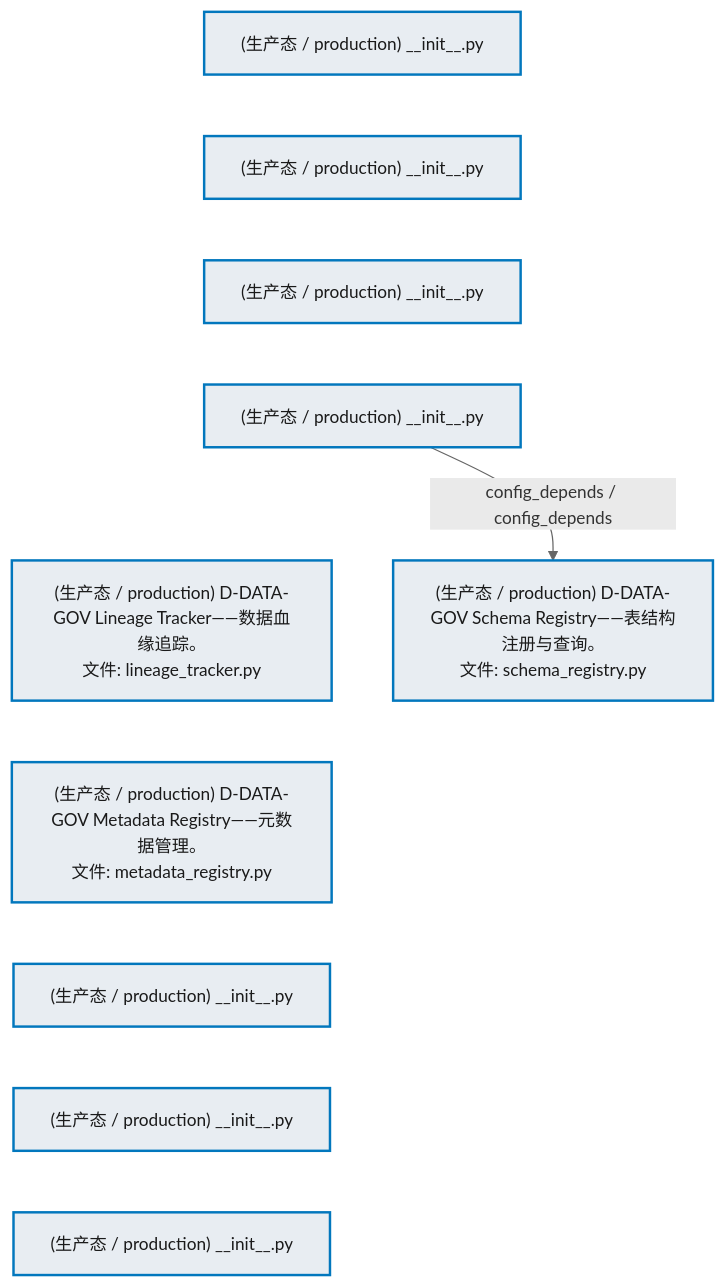
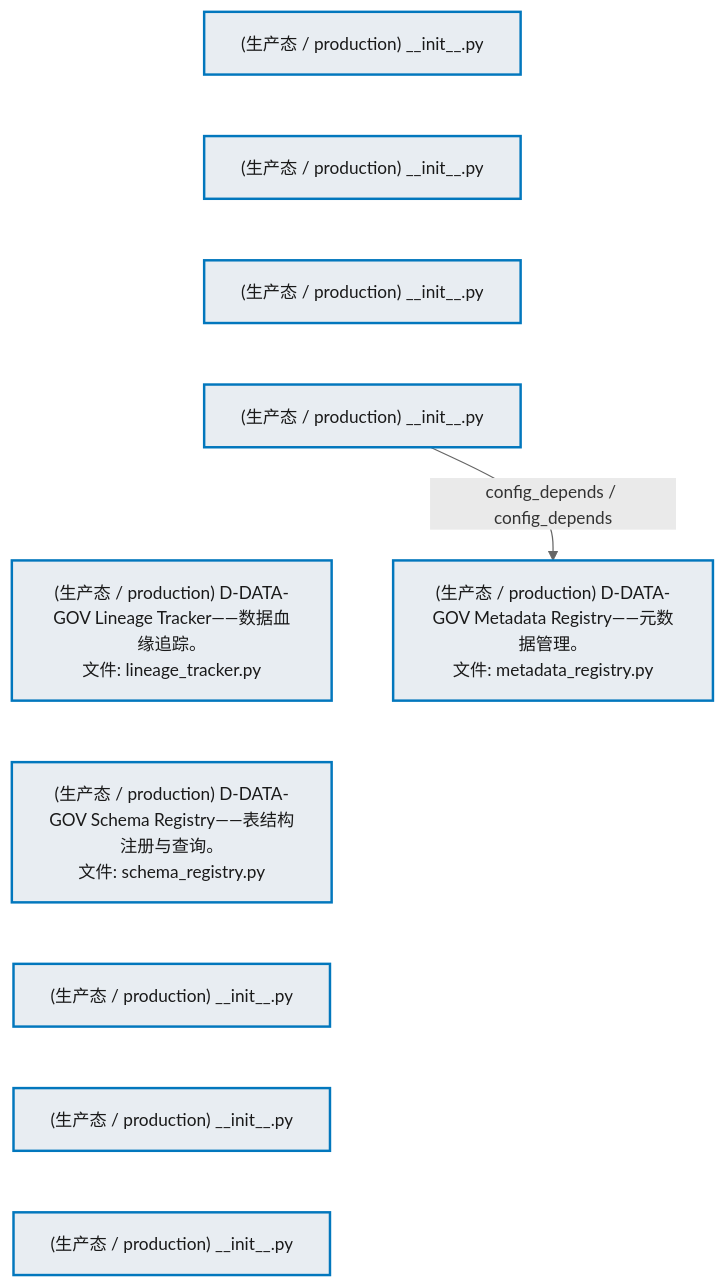
Before and after one commit to xuanFelixVan/ZephyrAlpha: the second of 2 diagrams in docs/02_enterprise_architecture/02_domain_architecture_docs/13_d_data_gov.md, drawn with Mermaid. The commit also changed other lines of this file and 35 other files, not shown here.

````diff
--- a/docs/02_enterprise_architecture/02_domain_architecture_docs/13_d_data_gov.md
+++ b/docs/02_enterprise_architecture/02_domain_architecture_docs/13_d_data_gov.md
@@ -103,28 +103,28 @@
 ```mermaid
 %%{init: {'theme': 'base', 'themeVariables': {'primaryColor': '#eaeaea', 'primaryTextColor': '#333333', 'primaryBorderColor': '#666666', 'lineColor': '#666666', 'secondaryColor': '#eaeaea', 'tertiaryColor': '#eaeaea', 'fontSize': '14px'}}}%%
 flowchart TD
     src_zephyr_data_governance_init_py["(生产态 / production) __init__.py"]
     src_zephyr_data_governance_extensions_init_py["(生产态 / production) __init__.py"]
     src_zephyr_data_governance_api_init_py["(生产态 / production) __init__.py"]
     src_zephyr_data_governance_core_init_py["(生产态 / production) __init__.py"]
     src_zephyr_data_governance_core_lineage_tracker_py["(生产态 / production) D-DATA-GOV Lineage Tracker——数据血缘追踪。<br/>文件: lineage_tracker.py"]
-    src_zephyr_data_governance_core_metadata_registry_py["(生产态 / production) D-DATA-GOV Metadata Registry——元数据管理。<br/>文件: metadata_registry.py"]
+    src_zephyr_data_governance_core_schema_registry_py["(生产态 / production) D-DATA-GOV Schema Registry——表结构注册与查询。<br/>文件: schema_registry.py"]
     src_zephyr_data_governance_infrastructure_init_py["(生产态 / production) __init__.py"]
     src_zephyr_data_governance_models_init_py["(生产态 / production) __init__.py"]
     src_zephyr_data_governance_services_init_py["(生产态 / production) __init__.py"]
     src_zephyr_data_governance_init_py ~~~ src_zephyr_data_governance_extensions_init_py
     src_zephyr_data_governance_extensions_init_py ~~~ src_zephyr_data_governance_api_init_py
     src_zephyr_data_governance_api_init_py ~~~ src_zephyr_data_governance_core_init_py
     src_zephyr_data_governance_core_init_py ~~~ src_zephyr_data_governance_core_lineage_tracker_py
-    src_zephyr_data_governance_core_lineage_tracker_py ~~~ src_zephyr_data_governance_core_metadata_registry_py
-    src_zephyr_data_governance_core_metadata_registry_py ~~~ src_zephyr_data_governance_infrastructure_init_py
+    src_zephyr_data_governance_core_lineage_tracker_py ~~~ src_zephyr_data_governance_core_schema_registry_py
+    src_zephyr_data_governance_core_schema_registry_py ~~~ src_zephyr_data_governance_infrastructure_init_py
     src_zephyr_data_governance_infrastructure_init_py ~~~ src_zephyr_data_governance_models_init_py
     src_zephyr_data_governance_models_init_py ~~~ src_zephyr_data_governance_services_init_py
-    src_zephyr_data_governance_core_schema_registry_py["(生产态 / production) D-DATA-GOV Schema Registry——表结构注册与查询。<br/>文件: schema_registry.py"]
-    src_zephyr_data_governance_core_init_py -->|config_depends / config_depends| src_zephyr_data_governance_core_schema_registry_py
+    src_zephyr_data_governance_core_metadata_registry_py["(生产态 / production) D-DATA-GOV Metadata Registry——元数据管理。<br/>文件: metadata_registry.py"]
+    src_zephyr_data_governance_core_init_py -->|config_depends / config_depends| src_zephyr_data_governance_core_metadata_registry_py
     classDef production fill:#e8edf2,stroke:#0277bd,stroke-width:2px,color:#1a1a1a
     classDef design fill:#f0ebe3,stroke:#bf360c,stroke-width:2px,color:#1a1a1a,stroke-dasharray: 5 5
     classDef external_prod fill:#e8efe9,stroke:#1b5e20,stroke-width:1px,color:#1a1a1a
     classDef external_design fill:#efe5ea,stroke:#880e4f,stroke-width:1px,color:#1a1a1a,stroke-dasharray: 5 5
     class src_zephyr_data_governance_init_py,src_zephyr_data_governance_extensions_init_py,src_zephyr_data_governance_api_init_py,src_zephyr_data_governance_core_init_py,src_zephyr_data_governance_core_lineage_tracker_py,src_zephyr_data_governance_core_metadata_registry_py,src_zephyr_data_governance_core_schema_registry_py,src_zephyr_data_governance_infrastructure_init_py,src_zephyr_data_governance_models_init_py,src_zephyr_data_governance_services_init_py production
 ```
````
